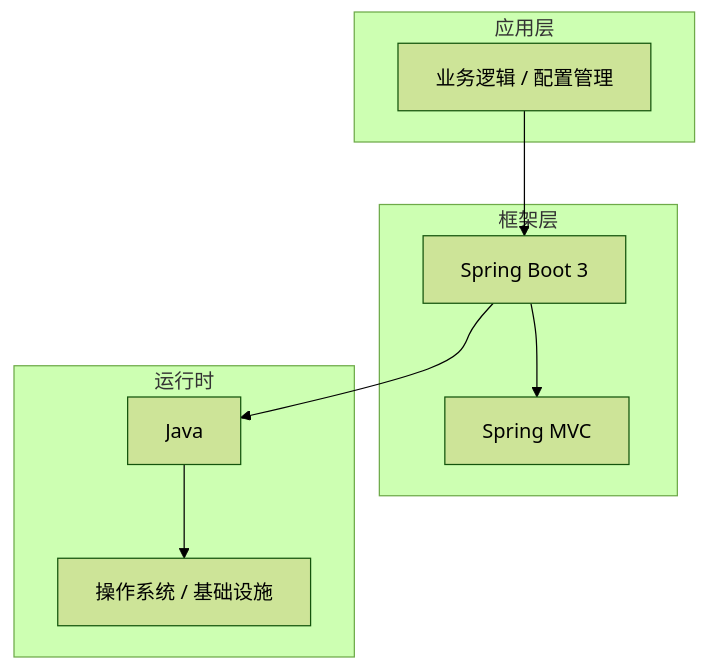
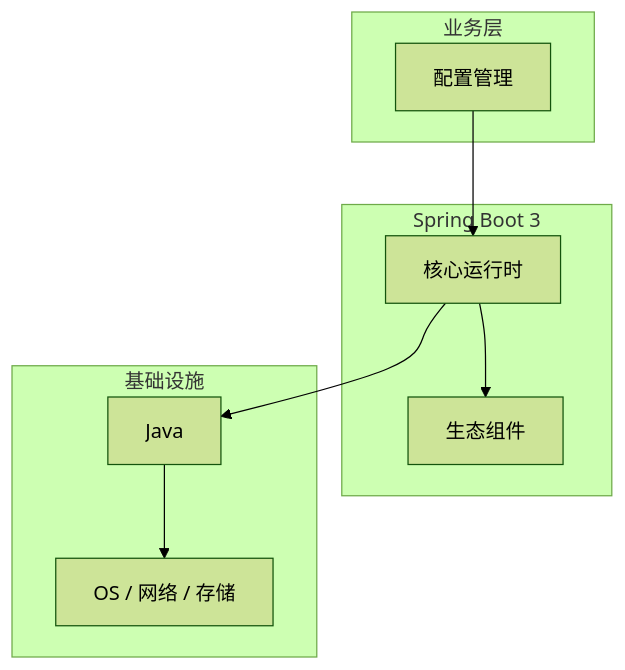
One commit to yanggan2015/knowledge-json-v2 changed the diagram in articles/Spring Boot/chapters/079-配置管理核心概念与原理.md. Above: the diagram before and after it, drawn with Mermaid (forest theme). The commit also changed other lines of this file and 10127 other files, not shown here.

````diff
--- a/articles/Spring Boot/chapters/079-配置管理核心概念与原理.md
+++ b/articles/Spring Boot/chapters/079-配置管理核心概念与原理.md
@@ -45,18 +34,18 @@
 ```mermaid
 graph TB
-    subgraph 应用层
-        A[业务逻辑 / 配置管理]
+    subgraph 业务层
+        A[配置管理]
     end
-    subgraph 框架层
-        B[Spring Boot 3]
-        C[Spring MVC]
+    subgraph Spring Boot 3
+        B[核心运行时]
+        C[生态组件]
     end
-    subgraph 运行时
+    subgraph 基础设施
         D[Java]
-        E[操作系统 / 基础设施]
+        E[OS / 网络 / 存储]
     end
     A --> B
     B --> C
     B --> D
     D --> E
 ```
````
